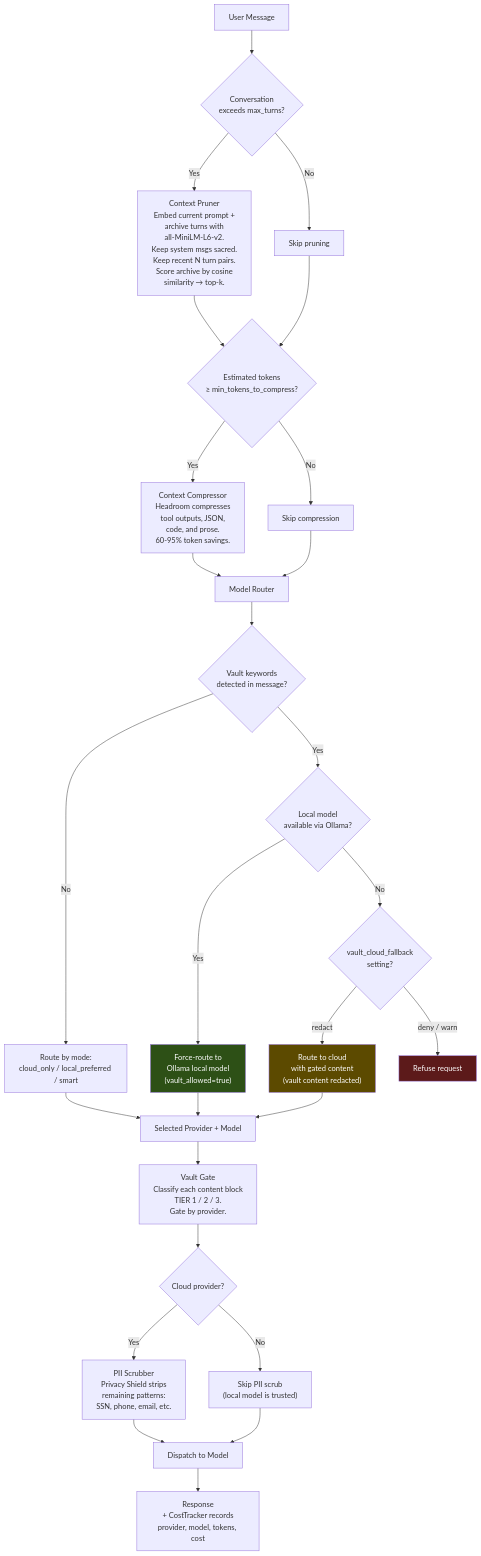
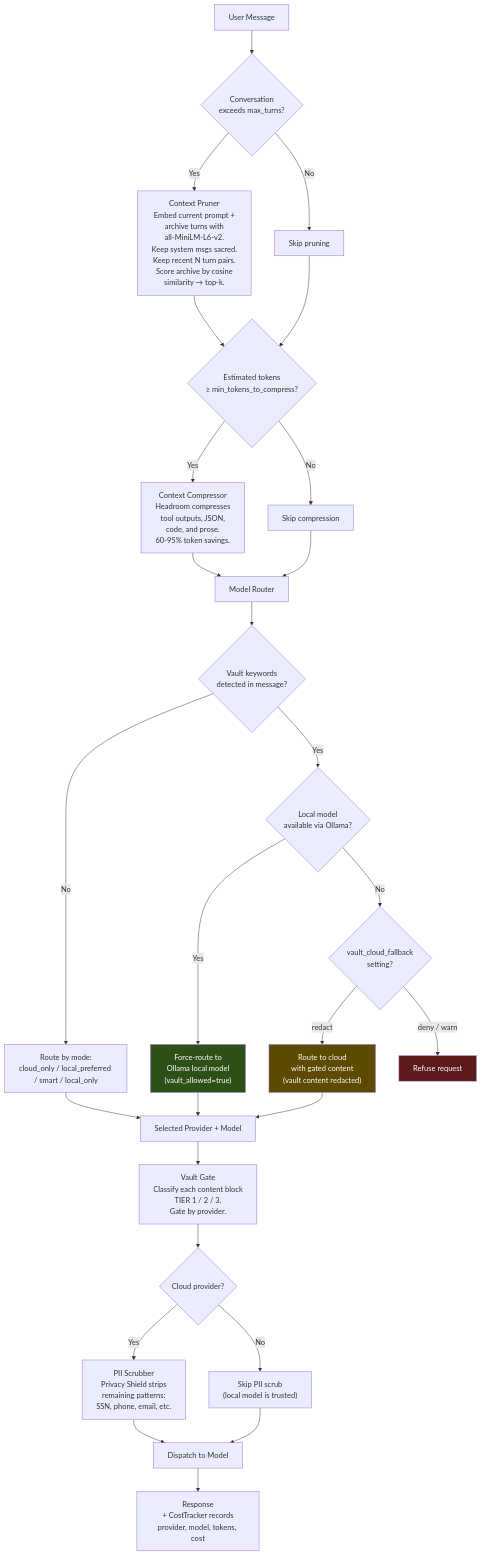
The second of 8 diagrams in docs/ARCHITECTURE.md (FutureSpeakAI/Agent-Friday), drawn with Mermaid before and after one commit. The commit also changed other lines of this file and 34 other files, not shown here.

````diff
--- a/docs/ARCHITECTURE.md
+++ b/docs/ARCHITECTURE.md
@@ -70,45 +73,45 @@
 ```mermaid
 flowchart TD
     A[User Message] --> B{Conversation<br/>exceeds max_turns?}
 
     B -->|Yes| C["Context Pruner<br/>Embed current prompt +<br/>archive turns with<br/>all-MiniLM-L6-v2.<br/>Keep system msgs sacred.<br/>Keep recent N turn pairs.<br/>Score archive by cosine<br/>similarity → top-k."]
     B -->|No| D[Skip pruning]
 
     C --> E{Estimated tokens<br/>≥ min_tokens_to_compress?}
     D --> E
 
     E -->|Yes| F["Context Compressor<br/>Headroom compresses<br/>tool outputs, JSON,<br/>code, and prose.<br/>60-95% token savings."]
     E -->|No| G[Skip compression]
 
     F --> H[Model Router]
     G --> H
 
     H --> I{Vault keywords<br/>detected in message?}
     I -->|Yes| J{Local model<br/>available via Ollama?}
-    I -->|No| K["Route by mode:<br/>cloud_only / local_preferred / smart"]
+    I -->|No| K["Route by mode:<br/>cloud_only / local_preferred / smart / local_only"]
 
     J -->|Yes| L["Force-route to<br/>Ollama local model<br/>(vault_allowed=true)"]
     J -->|No| M{vault_cloud_fallback<br/>setting?}
 
     M -->|redact| N["Route to cloud<br/>with gated content<br/>(vault content redacted)"]
     M -->|deny / warn| O[Refuse request]
 
     K --> P[Selected Provider + Model]
     L --> P
     N --> P
 
     P --> Q["Vault Gate<br/>Classify each content block<br/>TIER 1 / 2 / 3.<br/>Gate by provider."]
 
     Q --> R{Cloud provider?}
     R -->|Yes| S["PII Scrubber<br/>Privacy Shield strips<br/>remaining patterns:<br/>SSN, phone, email, etc."]
     R -->|No| T["Skip PII scrub<br/>(local model is trusted)"]
 
     S --> U[Dispatch to Model]
     T --> U
 
     U --> V["Response<br/>+ CostTracker records<br/>provider, model, tokens, cost"]
 
     style L fill:#2d5016,color:#fff
     style O fill:#5c1a1a,color:#fff
     style N fill:#5c4a00,color:#fff
 ```
````
